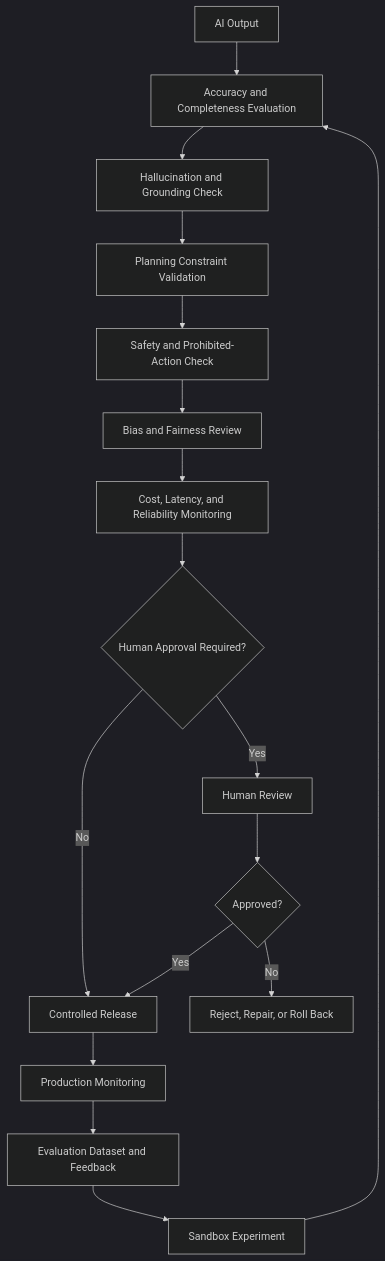
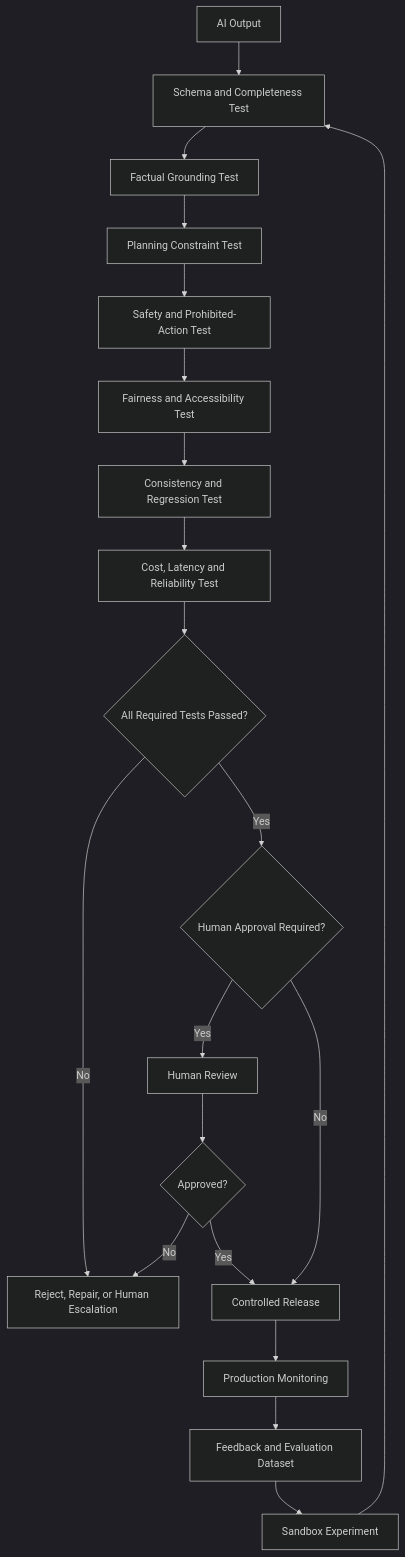
Before and after one commit to 1o8t/AI-Future-Lab: the third of 4 diagrams in docs/AI_MODEL_WORKFLOWS.md, drawn with Mermaid (dark theme). The commit also changed other lines of this file, not shown here.

````diff
--- a/docs/AI_MODEL_WORKFLOWS.md
+++ b/docs/AI_MODEL_WORKFLOWS.md
@@ -56,19 +611,22 @@
 ```mermaid
 flowchart TD
-    A[AI Output] --> B[Accuracy and Completeness Evaluation]
-    B --> C[Hallucination and Grounding Check]
-    C --> D[Planning Constraint Validation]
-    D --> E[Safety and Prohibited-Action Check]
-    E --> F[Bias and Fairness Review]
-    F --> G[Cost, Latency, and Reliability Monitoring]
-    G --> H{Human Approval Required?}
-    H -- Yes --> I[Human Review]
-    H -- No --> J[Controlled Release]
-    I --> K{Approved?}
-    K -- No --> L[Reject, Repair, or Roll Back]
-    K -- Yes --> J
-    J --> M[Production Monitoring]
-    M --> N[Evaluation Dataset and Feedback]
-    N --> O[Sandbox Experiment]
-    O --> B
+    A[AI Output] --> B[Schema and Completeness Test]
+    B --> C[Factual Grounding Test]
+    C --> D[Planning Constraint Test]
+    D --> E[Safety and Prohibited-Action Test]
+    E --> F[Fairness and Accessibility Test]
+    F --> G[Consistency and Regression Test]
+    G --> H[Cost, Latency and Reliability Test]
+    H --> I{All Required Tests Passed?}
+    I -- No --> J[Reject, Repair, or Human Escalation]
+    I -- Yes --> K{Human Approval Required?}
+    K -- Yes --> L[Human Review]
+    K -- No --> M[Controlled Release]
+    L --> N{Approved?}
+    N -- No --> J
+    N -- Yes --> M
+    M --> O[Production Monitoring]
+    O --> P[Feedback and Evaluation Dataset]
+    P --> Q[Sandbox Experiment]
+    Q --> B
 ```
````
